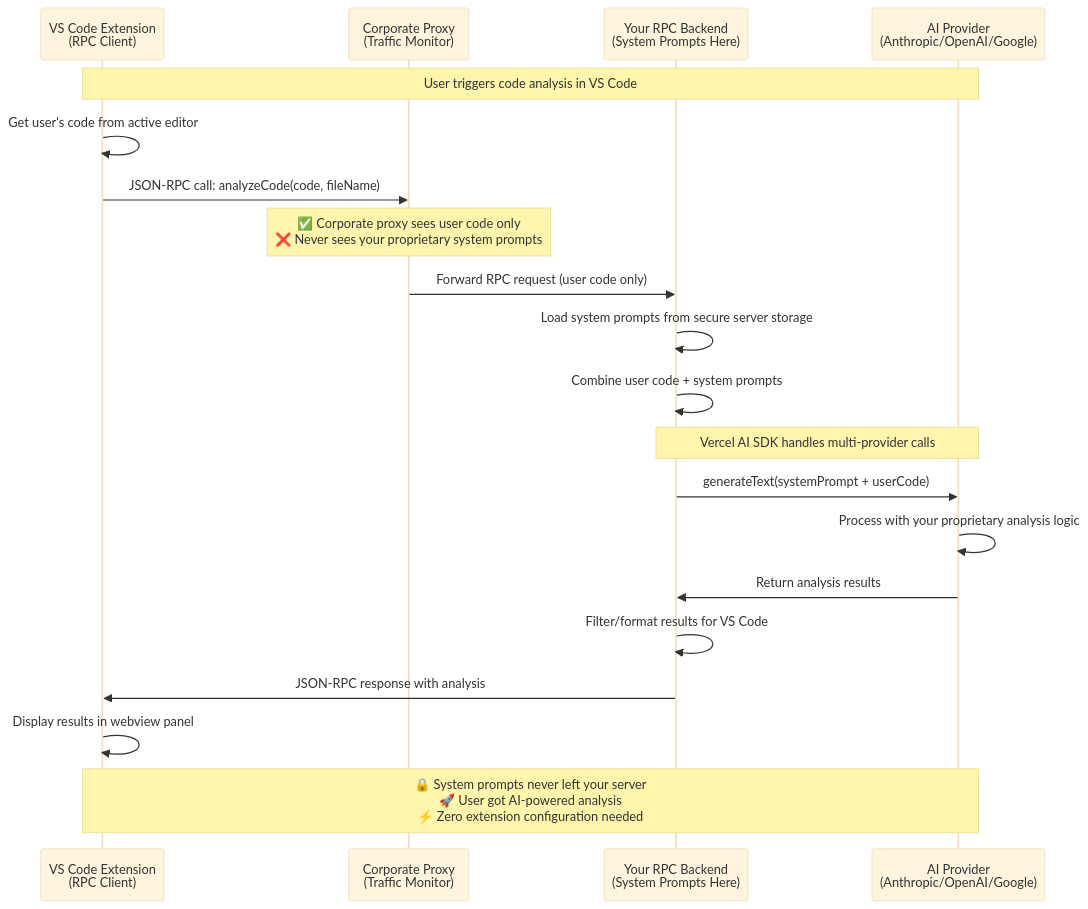
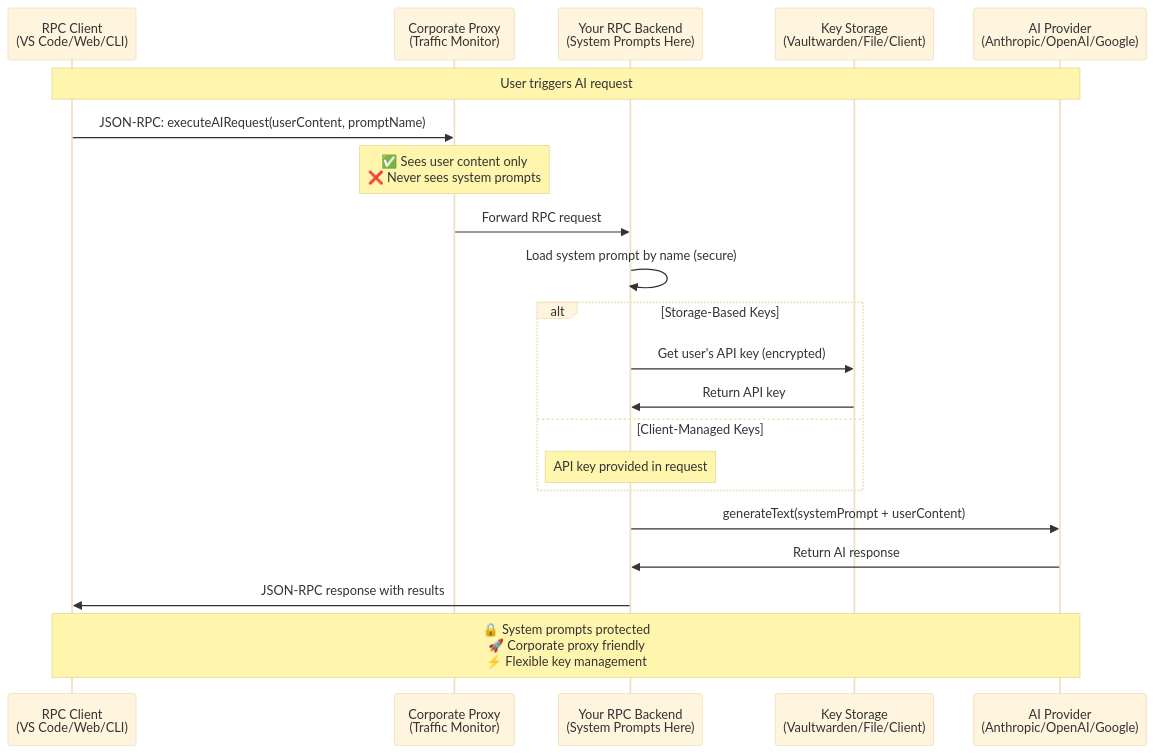
The first of 2 diagrams in README.md (AWolf81/simple-rpc-ai-backend), drawn with Mermaid (base theme) before and after one commit. The commit also changed other lines of this file and 288 other files, not shown here.

Commit message:
wip: clean rpc implementation and old dependencies. Next, test that API key storage in Postgresql is properly implemented

````diff
--- a/README.md
+++ b/README.md
@@ -252,31 +1209,30 @@
 ```mermaid
 sequenceDiagram
-    participant VSCode as VS Code Extension<br/>(RPC Client)
+    participant Client as RPC Client<br/>(VS Code/Web/CLI)
     participant Proxy as Corporate Proxy<br/>(Traffic Monitor)
     participant Backend as Your RPC Backend<br/>(System Prompts Here)
+    participant Storage as Key Storage<br/>(Vaultwarden/File/Client)
     participant AI as AI Provider<br/>(Anthropic/OpenAI/Google)
     
-    Note over VSCode,AI: User triggers code analysis in VS Code
+    Note over Client,AI: User triggers AI request
     
-    VSCode->>VSCode: Get user's code from active editor
-    VSCode->>Proxy: JSON-RPC call: analyzeCode(code, fileName)
+    Client->>Proxy: JSON-RPC: executeAIRequest(userContent, promptName)
     
-    Note over Proxy: ✅ Corporate proxy sees user code only<br/>❌ Never sees your proprietary system prompts
+    Note over Proxy: ✅ Sees user content only<br/>❌ Never sees system prompts
     
-    Proxy->>Backend: Forward RPC request (user code only)
-    Backend->>Backend: Load system prompts from secure server storage
-    Backend->>Backend: Combine user code + system prompts
+    Proxy->>Backend: Forward RPC request
+    Backend->>Backend: Load system prompt by name (secure)
     
-    Note over Backend,AI: Vercel AI SDK handles multi-provider calls
-    Backend->>AI: generateText(systemPrompt + userCode)
+    alt Storage-Based Keys
+        Backend->>Storage: Get user's API key (encrypted)
+        Storage->>Backend: Return API key
+    else Client-Managed Keys
+        Note over Backend: API key provided in request
+    end
     
-    AI->>AI: Process with your proprietary analysis logic
-    AI->>Backend: Return analysis results
+    Backend->>AI: generateText(systemPrompt + userContent)
+    AI->>Backend: Return AI response
+    Backend->>Client: JSON-RPC response with results
     
-    Backend->>Backend: Filter/format results for VS Code
-    Backend->>VSCode: JSON-RPC response with analysis
-    
-    VSCode->>VSCode: Display results in webview panel
-    
-    Note over VSCode,AI: 🔒 System prompts never left your server<br/>🚀 User got AI-powered analysis<br/>⚡ Zero extension configuration needed
+    Note over Client,AI: 🔒 System prompts protected<br/>🚀 Corporate proxy friendly<br/>⚡ Flexible key management
 ```
````
